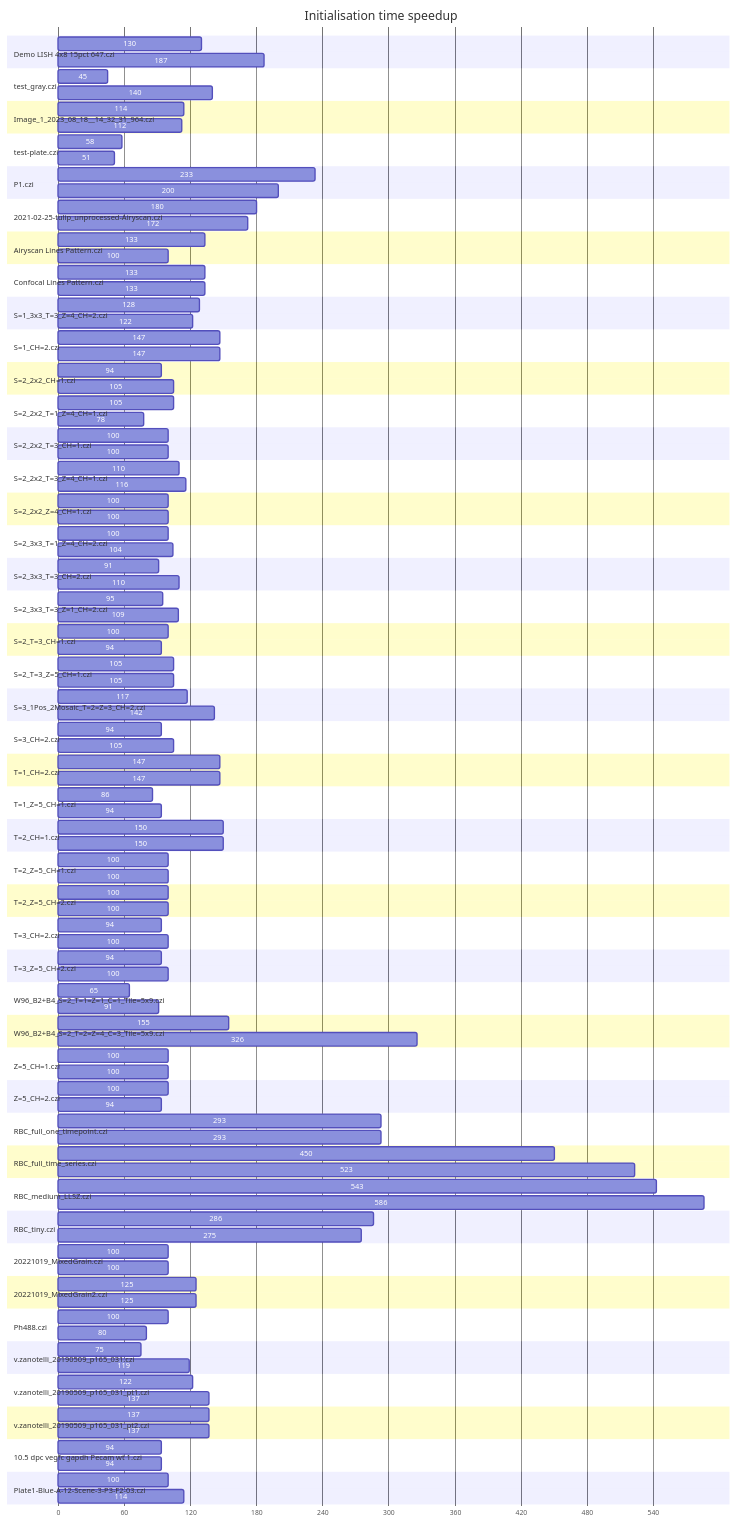
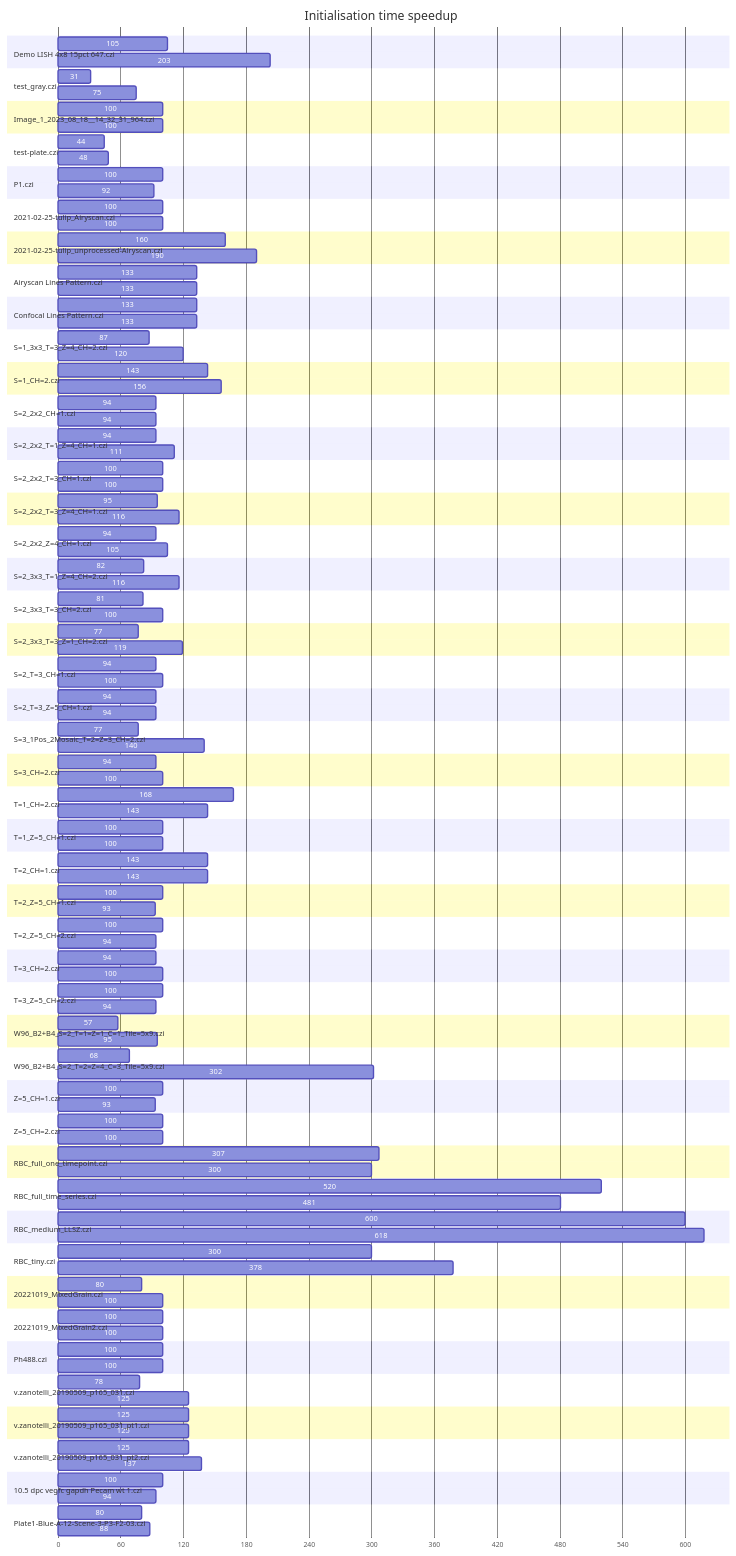
Before and after one commit to BIOP/quick-start-czi-reader: the second of 4 diagrams in comparison_summary_chart.md, drawn with Mermaid. The commit also changed other lines of this file and 97 other files, not shown here.

````diff
--- a/comparison_summary_chart.md
+++ b/comparison_summary_chart.md
@@ -194,183 +198,187 @@
             axisFormat %s
 
             section Demo LISH 4x8 15pct 647.czi
-            130   : 0, 130
+            105   : 0, 105
             section Demo LISH 4x8 15pct 647.czi
-            187   : 0, 187
+            203   : 0, 203
             section test_gray.czi
-            45   : 0, 45
+            31   : 0, 31
             section test_gray.czi
-            140   : 0, 140
+            75   : 0, 75
             section Image_1_2023_08_18__14_32_31_964.czi
-            114   : 0, 114
+            100   : 0, 100
             section Image_1_2023_08_18__14_32_31_964.czi
-            112   : 0, 112
+            100   : 0, 100
             section test-plate.czi
-            58   : 0, 58
+            44   : 0, 44
             section test-plate.czi
-            51   : 0, 51
+            48   : 0, 48
             section P1.czi
-            233   : 0, 233
+            100   : 0, 100
             section P1.czi
-            200   : 0, 200
+            92   : 0, 92
+            section 2021-02-25-tulip_Airyscan.czi
+            100   : 0, 100
+            section 2021-02-25-tulip_Airyscan.czi
+            100   : 0, 100
             section 2021-02-25-tulip_unprocessed-Airyscan.czi
-            180   : 0, 180
+            160   : 0, 160
             section 2021-02-25-tulip_unprocessed-Airyscan.czi
-            172   : 0, 172
+            190   : 0, 190
             section Airyscan Lines Pattern.czi
             133   : 0, 133
             section Airyscan Lines Pattern.czi
-            100   : 0, 100
+            133   : 0, 133
             section Confocal Lines Pattern.czi
             133   : 0, 133
             section Confocal Lines Pattern.czi
             133   : 0, 133
             section S=1_3x3_T=3_Z=4_CH=2.czi
-            128   : 0, 128
+            87   : 0, 87
             section S=1_3x3_T=3_Z=4_CH=2.czi
-            122   : 0, 122
+            120   : 0, 120
             section S=1_CH=2.czi
-            147   : 0, 147
+            143   : 0, 143
             section S=1_CH=2.czi
-            147   : 0, 147
+            156   : 0, 156
             section S=2_2x2_CH=1.czi
             94   : 0, 94
             section S=2_2x2_CH=1.czi
-            105   : 0, 105
+            94   : 0, 94
             section S=2_2x2_T=1_Z=4_CH=1.czi
-            105   : 0, 105
+            94   : 0, 94
             section S=2_2x2_T=1_Z=4_CH=1.czi
-            78   : 0, 78
+            111   : 0, 111
             section S=2_2x2_T=3_CH=1.czi
             100   : 0, 100
             section S=2_2x2_T=3_CH=1.czi
             100   : 0, 100
             section S=2_2x2_T=3_Z=4_CH=1.czi
-            110   : 0, 110
+            95   : 0, 95
             section S=2_2x2_T=3_Z=4_CH=1.czi
             116   : 0, 116
             section S=2_2x2_Z=4_CH=1.czi
+            94   : 0, 94
+            section S=2_2x2_Z=4_CH=1.czi
+            105   : 0, 105
+            section S=2_3x3_T=1_Z=4_CH=2.czi
+            82   : 0, 82
+            section S=2_3x3_T=1_Z=4_CH=2.czi
+            116   : 0, 116
+            section S=2_3x3_T=3_CH=2.czi
+            81   : 0, 81
+            section S=2_3x3_T=3_CH=2.czi
             100   : 0, 100
-            section S=2_2x2_Z=4_CH=1.czi
-            100   : 0, 100
-            section S=2_3x3_T=1_Z=4_CH=2.czi
-            100   : 0, 100
-            section S=2_3x3_T=1_Z=4_CH=2.czi
-            104   : 0, 104
-            section S=2_3x3_T=3_CH=2.czi
-            91   : 0, 91
-            section S=2_3x3_T=3_CH=2.czi
-            110   : 0, 110
             section S=2_3x3_T=3_Z=1_CH=2.czi
-            95   : 0, 95
+            77   : 0, 77
             section S=2_3x3_T=3_Z=1_CH=2.czi
-            109   : 0, 109
+            119   : 0, 119
+            section S=2_T=3_CH=1.czi
+            94   : 0, 94
             section S=2_T=3_CH=1.czi
             100   : 0, 100
-            section S=2_T=3_CH=1.czi
+            section S=2_T=3_Z=5_CH=1.czi
             94   : 0, 94
             section S=2_T=3_Z=5_CH=1.czi
-            105   : 0, 105
-            section S=2_T=3_Z=5_CH=1.czi
-            105   : 0, 105
+            94   : 0, 94
             section S=3_1Pos_2Mosaic_T=2=Z=3_CH=2.czi
-            117   : 0, 117
+            77   : 0, 77
             section S=3_1Pos_2Mosaic_T=2=Z=3_CH=2.czi
-            142   : 0, 142
+            140   : 0, 140
             section S=3_CH=2.czi
             94   : 0, 94
             section S=3_CH=2.czi
-            105   : 0, 105
+            100   : 0, 100
             section T=1_CH=2.czi
-            147   : 0, 147
+            168   : 0, 168
             section T=1_CH=2.czi
-            147   : 0, 147
+            143   : 0, 143
             section T=1_Z=5_CH=1.czi
-            86   : 0, 86
+            100   : 0, 100
             section T=1_Z=5_CH=1.czi
-            94   : 0, 94
+            100   : 0, 100
             section T=2_CH=1.czi
-            150   : 0, 150
+            143   : 0, 143
             section T=2_CH=1.czi
-            150   : 0, 150
+            143   : 0, 143
             section T=2_Z=5_CH=1.czi
             100   : 0, 100
             section T=2_Z=5_CH=1.czi
-            100   : 0, 100
+            93   : 0, 93
             section T=2_Z=5_CH=2.czi
             100   : 0, 100
             section T=2_Z=5_CH=2.czi
-            100   : 0, 100
+            94   : 0, 94
             section T=3_CH=2.czi
             94   : 0, 94
             section T=3_CH=2.czi
             100   : 0, 100
             section T=3_Z=5_CH=2.czi
+            100   : 0, 100
+            section T=3_Z=5_CH=2.czi
             94   : 0, 94
-            section T=3_Z=5_CH=2.czi
-            100   : 0, 100
             section W96_B2+B4_S=2_T=1=Z=1_C=1_Tile=5x9.czi
-            65   : 0, 65
+            57   : 0, 57
             section W96_B2+B4_S=2_T=1=Z=1_C=1_Tile=5x9.czi
-            91   : 0, 91
+            95   : 0, 95
             section W96_B2+B4_S=2_T=2=Z=4_C=3_Tile=5x9.czi
-            155   : 0, 155
+            68   : 0, 68
             section W96_B2+B4_S=2_T=2=Z=4_C=3_Tile=5x9.czi
-            326   : 0, 326
+            302   : 0, 302
             section Z=5_CH=1.czi
             100   : 0, 100
             section Z=5_CH=1.czi
+            93   : 0, 93
+            section Z=5_CH=2.czi
             100   : 0, 100
             section Z=5_CH=2.czi
             100   : 0, 100
-            section Z=5_CH=2.czi
-            94   : 0, 94
             section RBC_full_one_timepoint.czi
-            293   : 0, 293
+            307   : 0, 307
             section RBC_full_one_timepoint.czi
-            293   : 0, 293
+            300   : 0, 300
             section RBC_full_time_series.czi
-            450   : 0, 450
+            520   : 0, 520
             section RBC_full_time_series.czi
-            523   : 0, 523
+            481   : 0, 481
             section RBC_medium_LLSZ.czi
-            543   : 0, 543
+            600   : 0, 600
             section RBC_medium_LLSZ.czi
-            586   : 0, 586
+            618   : 0, 618
             section RBC_tiny.czi
-            286   : 0, 286
+            300   : 0, 300
             section RBC_tiny.czi
-            275   : 0, 275
+            378   : 0, 378
             section 20221019_MixedGrain.czi
-            100   : 0, 100
+            80   : 0, 80
             section 20221019_MixedGrain.czi
             100   : 0, 100
             section 20221019_MixedGrain2.czi
-            125   : 0, 125
+            100   : 0, 100
             section 20221019_MixedGrain2.czi
-            125   : 0, 125
+            100   : 0, 100
             section Ph488.czi
             100   : 0, 100
             section Ph488.czi
-            80   : 0, 80
+            100   : 0, 100
             section v.zanotelli_20190509_p165_031.czi
-            75   : 0, 75
+            78   : 0, 78
             section v.zanotelli_20190509_p165_031.czi
-            119   : 0, 119
+            125   : 0, 125
             section v.zanotelli_20190509_p165_031_pt1.czi
-            122   : 0, 122
+            125   : 0, 125
             section v.zanotelli_20190509_p165_031_pt1.czi
-            137   : 0, 137
+            125   : 0, 125
             section v.zanotelli_20190509_p165_031_pt2.czi
-            137   : 0, 137
+            125   : 0, 125
             section v.zanotelli_20190509_p165_031_pt2.czi
             137   : 0, 137
             section 10.5 dpc vegfc gapdh Pecam wt 1.czi
-            94   : 0, 94
+            100   : 0, 100
             section 10.5 dpc vegfc gapdh Pecam wt 1.czi
             94   : 0, 94
             section Plate1-Blue-A-12-Scene-3-P3-F2-03.czi
-            100   : 0, 100
+            80   : 0, 80
             section Plate1-Blue-A-12-Scene-3-P3-F2-03.czi
-            114   : 0, 114
+            88   : 0, 88
 ```
````
